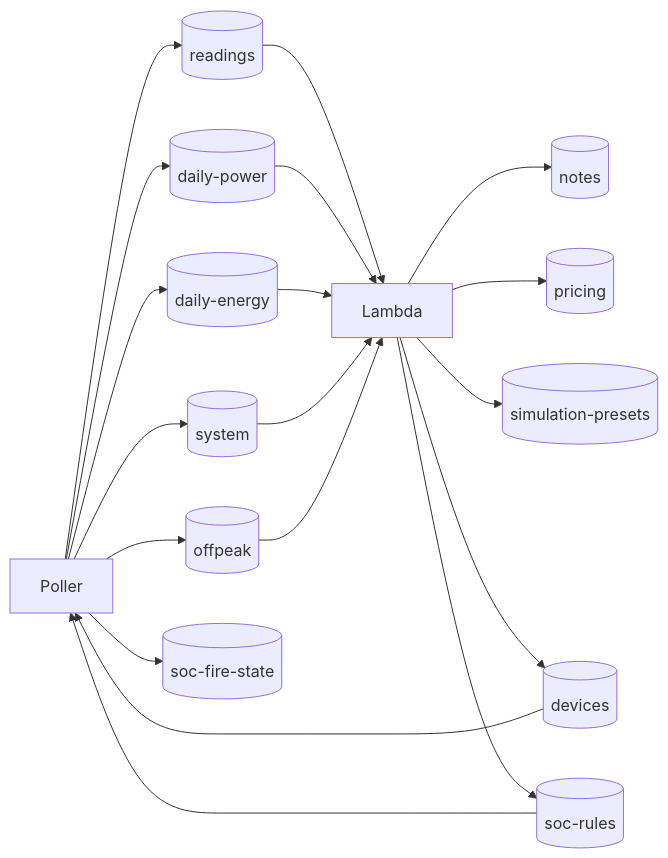
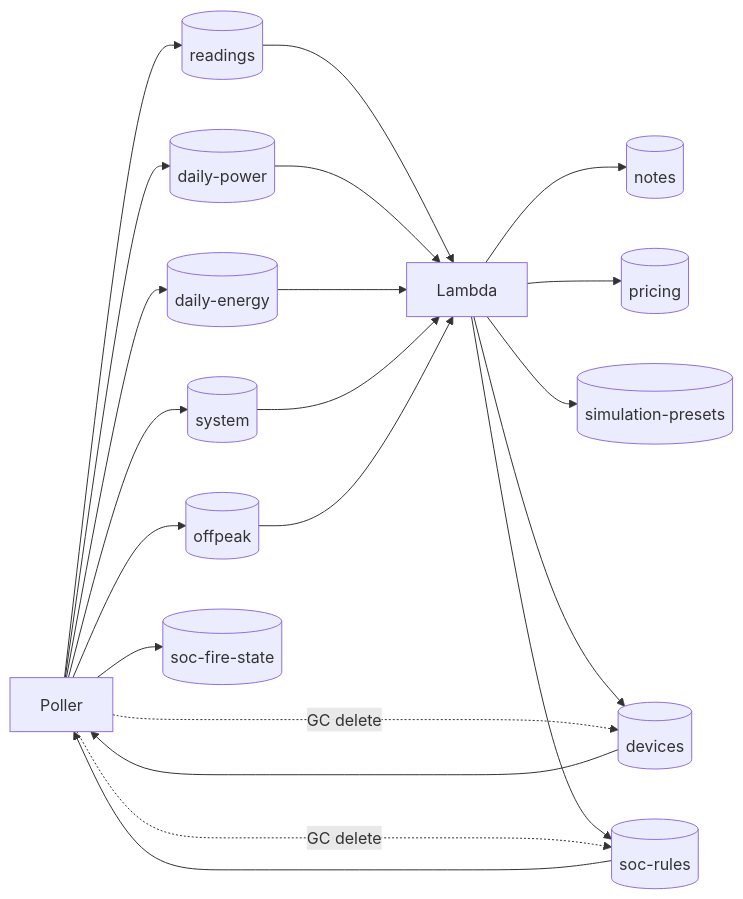
The fifth of 8 diagrams in docs/architecture-diagrams.md (ArjenSchwarz/flux), drawn with Mermaid before and after one commit.

Commit message:
[doc]: Address final review — diagram 5 GC-delete edges
Diagram 5's write-ownership flowchart omitted the poller's orphan-GC
deletes from flux-devices and flux-soc-rules, which its own table already
marks as shared-write. Added dashed "GC delete" edges from poller to both
so the diagram matches the table (and cmd/poller/socalerts.go's
orphanGCBackend, scoped by the template's TaskRole).

````diff
--- a/docs/architecture-diagrams.md
+++ b/docs/architecture-diagrams.md
@@ -253,27 +253,29 @@
 ```mermaid
 flowchart LR
     poller["Poller"]
     lambda["Lambda"]
 
     poller --> readings[("readings")]
     poller --> dpower[("daily-power")]
     poller --> denergy[("daily-energy")]
     poller --> system[("system")]
     poller --> offpeak[("offpeak")]
     poller --> firestate[("soc-fire-state")]
 
     lambda --> notes[("notes")]
     lambda --> pricing[("pricing")]
     lambda --> presets[("simulation-presets")]
     lambda --> devices[("devices")]
     lambda --> rules[("soc-rules")]
 
     devices --> poller
     rules --> poller
+    poller -.->|GC delete| devices
+    poller -.->|GC delete| rules
 
     readings --> lambda
     dpower --> lambda
     denergy --> lambda
     system --> lambda
     offpeak --> lambda
 ```
````
